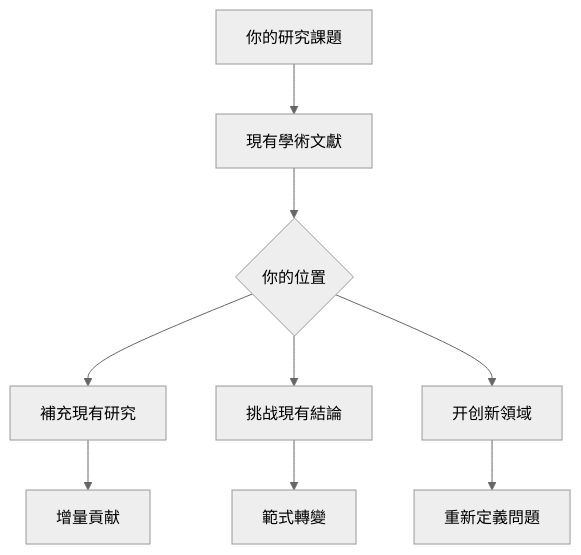
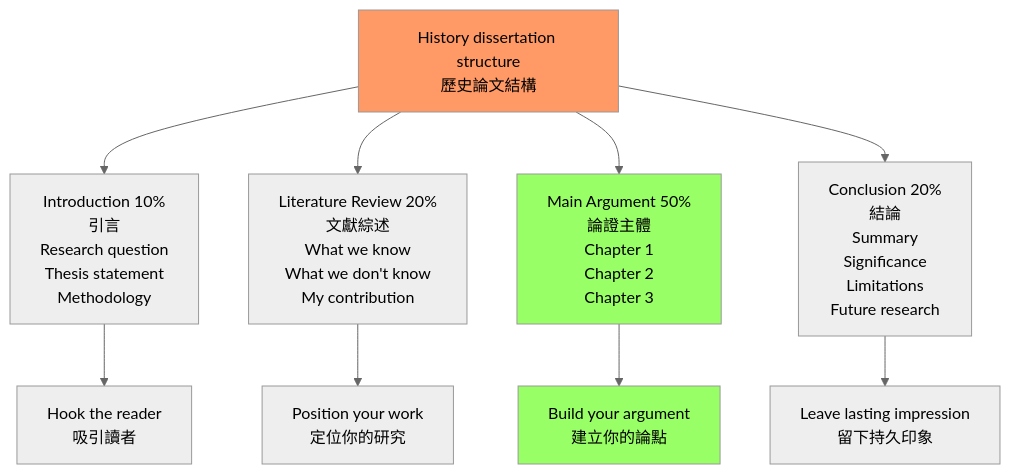
Before and after one commit to yip-lgtm/HKU-Harvard-History-Self-Study: the fourth of 5 diagrams in 01_HKU_Courses/HIST4017_Dissertation_Elective.md, drawn with Mermaid (neutral theme). The commit also changed other lines of this file and 2 other files, not shown here.

````diff
--- a/01_HKU_Courses/HIST4017_Dissertation_Elective.md
+++ b/01_HKU_Courses/HIST4017_Dissertation_Elective.md
@@ -348,11 +225,16 @@
 ```mermaid
-flowchart TD
-    A[你的研究課題] --> B[現有學術文獻]
-    B --> C{你的位置}
-    C --> D[補充現有研究]
-    C --> E[挑战現有結論]
-    C --> F[开创新領域]
-    D --> G[增量貢献]
-    E --> H[範式轉變]
-    F --> I[重新定義問題]
+graph TD
+    A[History dissertation structure<br/>歷史論文結構] --> B[Introduction 10%<br/>引言<br/>Research question<br/>Thesis statement<br/>Methodology]
+    A --> C[Literature Review 20%<br/>文獻綜述<br/>What we know<br/>What we don't know<br/>My contribution]
+    A --> D[Main Argument 50%<br/>論證主體<br/>Chapter 1<br/>Chapter 2<br/>Chapter 3]
+    A --> E[Conclusion 20%<br/>結論<br/>Summary<br/>Significance<br/>Limitations<br/>Future research]
+    
+    B --> F[Hook the reader<br/>吸引讀者]
+    C --> G[Position your work<br/>定位你的研究]
+    D --> H[Build your argument<br/>建立你的論點]
+    E --> I[Leave lasting impression<br/>留下持久印象]
+    
+    style A fill:#f96
+    style D fill:#9f6
+    style H fill:#9f6
 ```
````
